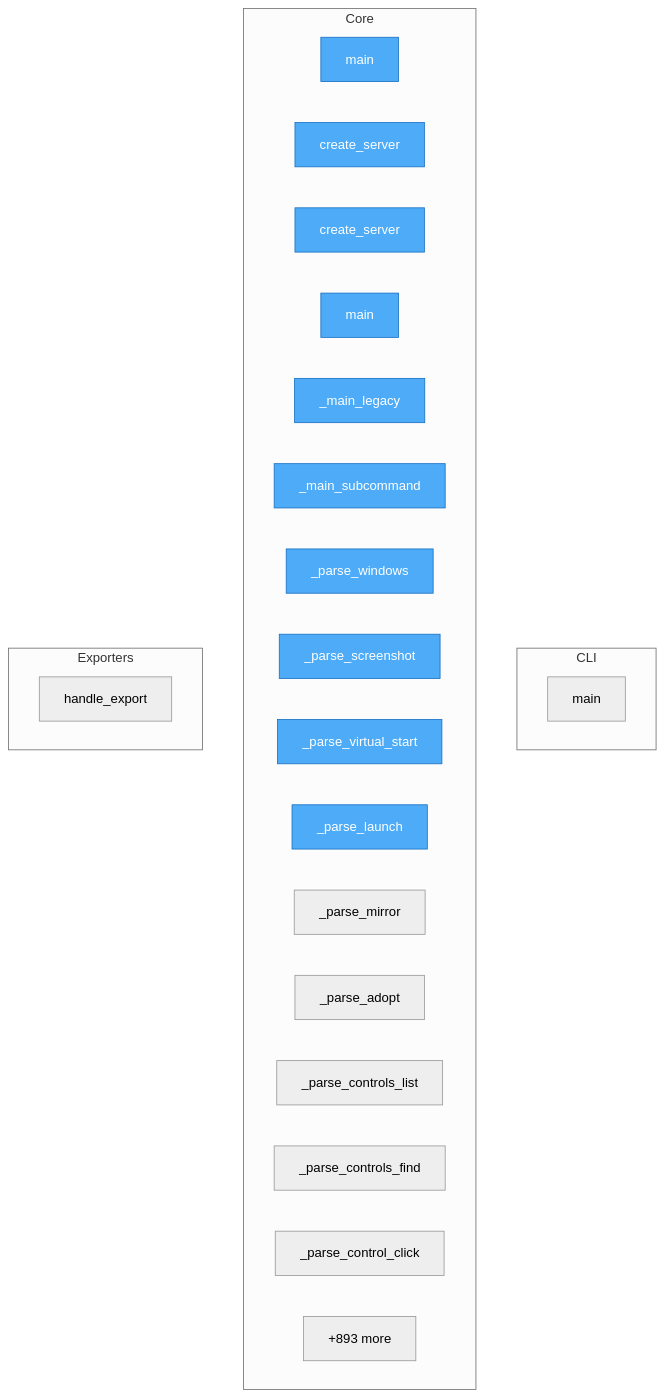
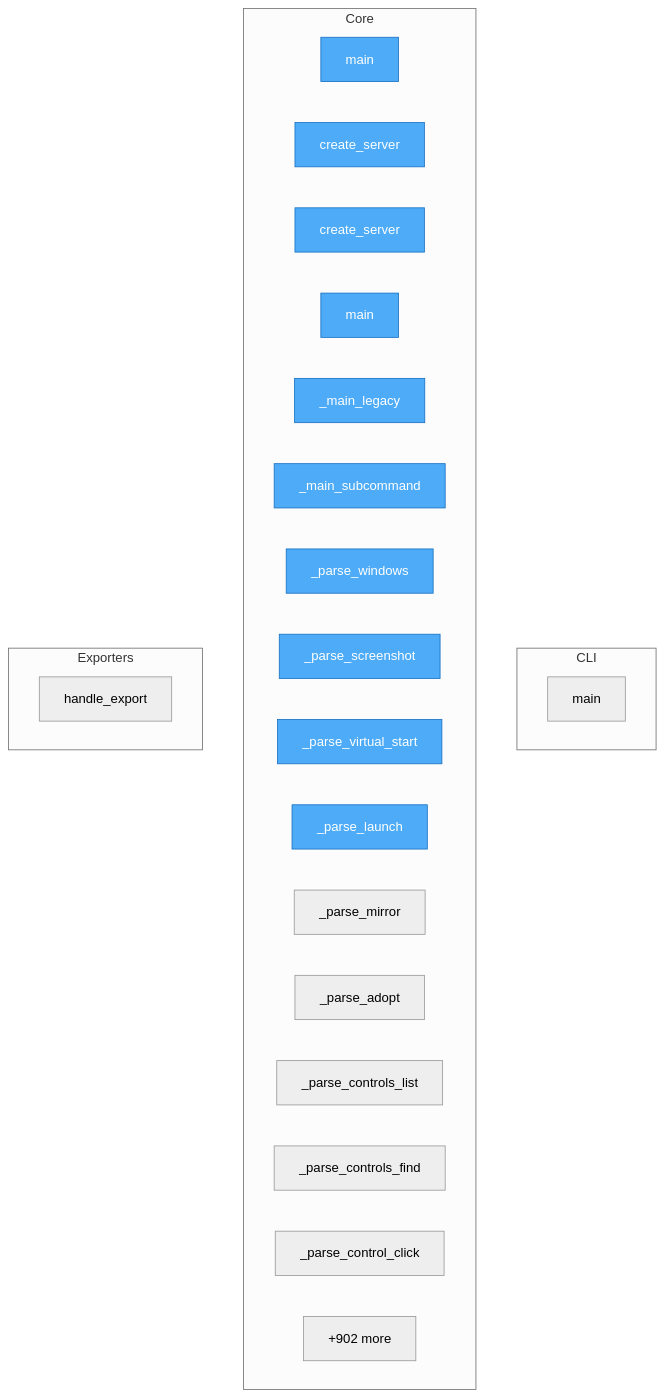
One commit to wronai/vdisplay changed the diagram in project/flow.mmd. Above: the diagram before and after it, drawn with Mermaid (neutral theme). The commit also changed 53 other files, not shown here.

```diff
--- a/project/flow.mmd
+++ b/project/flow.mmd
@@ -1,34 +1,34 @@
 flowchart TD
-%% generated in 0.13s
+%% generated in 0.09s
 
     %% Entry points (blue)
     classDef entry fill:#4dabf7,stroke:#1971c2,color:#fff
 
     subgraph CLI
         packages__cli2vdisplay__src__cli2vdisplay__cli__main["main"]
     end
 
     subgraph Core
         packages__mcp2vdisplay__src__mcp2vdisplay__cli__main["main"]
         packages__mcp2vdisplay__src__mcp2vdisplay__cli__create_server["create_server"]
         packages__mcp2vdisplay__src__mcp2vdisplay__server__create_server["create_server"]
         packages__dsl2vdisplay__src__dsl2vdisplay__cli__main["main"]
         packages__dsl2vdisplay__src__dsl2vdisplay__cli___main_legacy["_main_legacy"]
         packages__dsl2vdisplay__src__dsl2vdisplay__cli___main_subcommand["_main_subcommand"]
         packages__dsl2vdisplay__src__dsl2vdisplay__grammar___parse_windows["_parse_windows"]
         packages__dsl2vdisplay__src__dsl2vdisplay__grammar___parse_screenshot["_parse_screenshot"]
         packages__dsl2vdisplay__src__dsl2vdisplay__grammar___parse_virtual_start["_parse_virtual_start"]
         packages__dsl2vdisplay__src__dsl2vdisplay__grammar___parse_launch["_parse_launch"]
         packages__dsl2vdisplay__src__dsl2vdisplay__grammar___parse_mirror["_parse_mirror"]
         packages__dsl2vdisplay__src__dsl2vdisplay__grammar___parse_adopt["_parse_adopt"]
         packages__dsl2vdisplay__src__dsl2vdisplay__grammar___parse_controls_list["_parse_controls_list"]
         packages__dsl2vdisplay__src__dsl2vdisplay__grammar___parse_controls_find["_parse_controls_find"]
         packages__dsl2vdisplay__src__dsl2vdisplay__grammar___parse_control_click["_parse_control_click"]
-        ...["+893 more"]
+        ...["+902 more"]
     end
 
     subgraph Exporters
         src__vdisplay__commands__session__handle_export["handle_export"]
     end
 
     class packages__mcp2vdisplay__src__mcp2vdisplay__cli__main,packages__mcp2vdisplay__src__mcp2vdisplay__cli__create_server,packages__mcp2vdisplay__src__mcp2vdisplay__server__create_server,packages__dsl2vdisplay__src__dsl2vdisplay__cli__main,packages__dsl2vdisplay__src__dsl2vdisplay__cli___main_legacy,packages__dsl2vdisplay__src__dsl2vdisplay__cli___main_subcommand,packages__dsl2vdisplay__src__dsl2vdisplay__grammar___parse_windows,packages__dsl2vdisplay__src__dsl2vdisplay__grammar___parse_screenshot,packages__dsl2vdisplay__src__dsl2vdisplay__grammar___parse_virtual_start,packages__dsl2vdisplay__src__dsl2vdisplay__grammar___parse_launch entry
```
